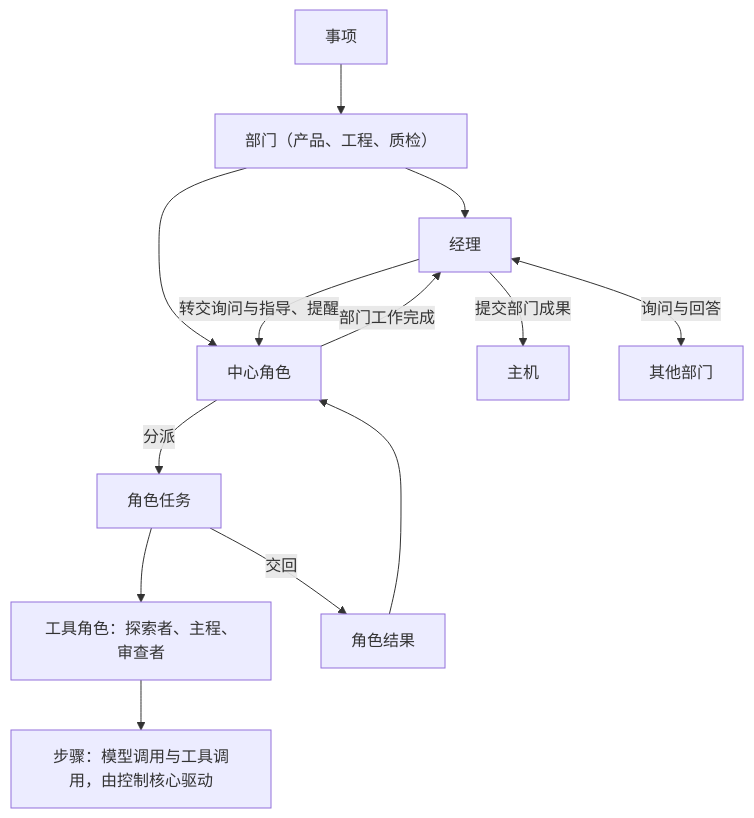
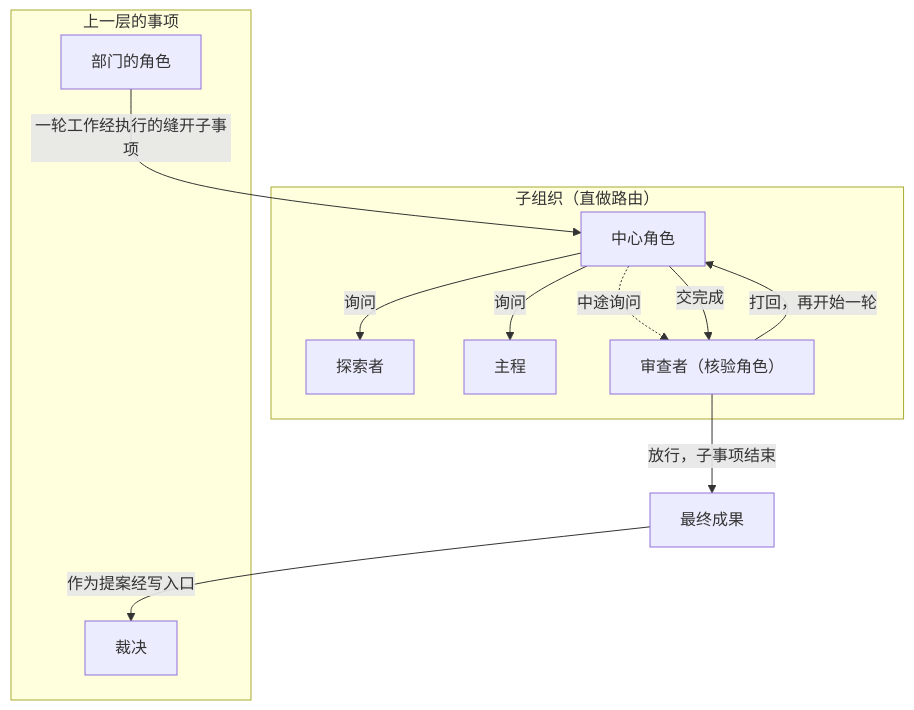
One commit to bender2333/yudao changed the first of 2 diagrams in docs/design/department-roles.md. Above: the diagram before and after it, drawn with Mermaid. The commit also changed other lines of this file and 18 other files, not shown here.

````diff
--- a/docs/design/department-roles.md
+++ b/docs/design/department-roles.md
@@ -53,15 +35,21 @@
 ```mermaid
 flowchart TB
-  Run["事项"] --> Dept["部门（产品、工程、质检）"]
-  Dept --> Mgr["经理"]
-  Dept --> Center["中心角色"]
-  Center -->|"分派"| Task["角色任务"]
-  Task --> Tool["工具角色：探索者、主程、审查者"]
-  Tool --> Step["步骤：模型调用与工具调用，由控制核心驱动"]
-  Task -->|"交回"| Result["角色结果"]
-  Result --> Center
-  Center -->|"部门工作完成"| Mgr
-  Mgr -->|"提交部门成果"| Host["主机"]
-  Mgr <-->|"询问与回答"| Other["其他部门"]
-  Mgr -->|"转交询问与指导、提醒"| Center
+  subgraph UP["上一层的事项"]
+    R["部门的角色"]
+    J["裁决"]
+  end
+  subgraph SUB["子组织（直做路由）"]
+    C["中心角色"]
+    E["探索者"]
+    P["主程"]
+    V["审查者（核验角色）"]
+  end
+  R -- "一轮工作经执行的缝开子事项" --> C
+  C -- 询问 --> E
+  C -- 询问 --> P
+  C -. 中途询问 .-> V
+  C -- 交完成 --> V
+  V -- 打回，再开始一轮 --> C
+  V -- 放行，子事项结束 --> OUT["最终成果"]
+  OUT -- "作为提案经写入口" --> J
 ```
````
